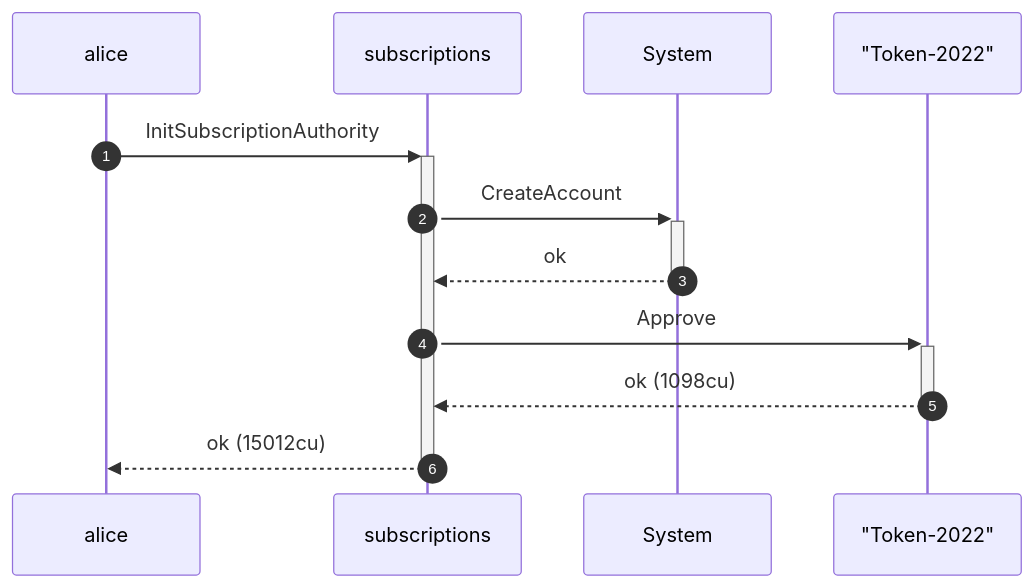
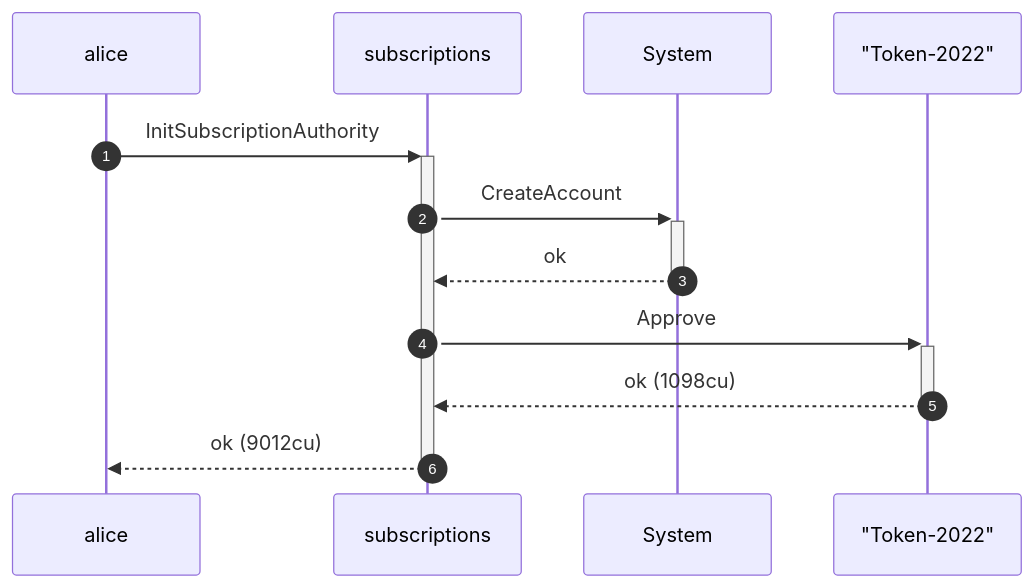
One commit to cds-rs/subscriptions changed the second of 4 diagrams in dsl_tests/initialize-over-a-token-2022-mint---transferfeeconfig--.md. Above: the diagram before and after it, drawn with Mermaid. The commit also changed other lines of this file and 224 other files, not shown here.

````diff
--- a/dsl_tests/initialize-over-a-token-2022-mint---transferfeeconfig--.md
+++ b/dsl_tests/initialize-over-a-token-2022-mint---transferfeeconfig--.md
@@ -38,14 +39,14 @@
 ```mermaid
 sequenceDiagram
     autonumber
     participant alice
     participant subscriptions
     participant System
     participant Token_2022 as "Token-2022"
     alice ->>+ subscriptions: InitSubscriptionAuthority
     subscriptions ->>+ System: CreateAccount
     System -->>- subscriptions: ok
     subscriptions ->>+ Token_2022: Approve
     Token_2022 -->>- subscriptions: ok (1098cu)
-    subscriptions -->>- alice: ok (15012cu)
+    subscriptions -->>- alice: ok (9012cu)
 ```
````
